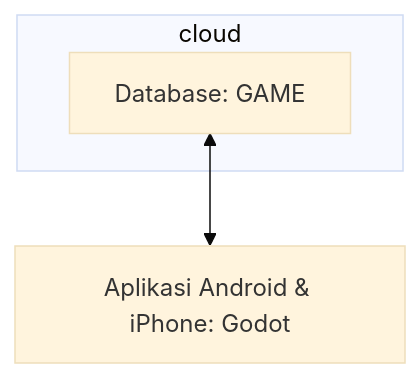
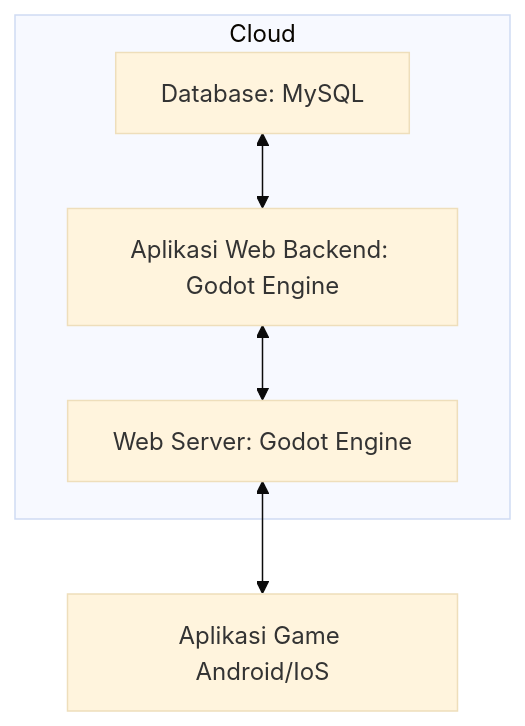
Before and after one commit to tibianugraha/game: the second of 2 diagrams in README.md, drawn with Mermaid (base theme).

````diff
--- a/README.md
+++ b/README.md
@@ -89,7 +89,8 @@
 ```mermaid
 flowchart BT 
-  subgraph cloud
-    B[Database: GAME] 
+  subgraph Cloud
+    B[Web Server: Godot Engine ] <--> C[Aplikasi Web Backend: Godot Engine] 
+    C <--> D[Database: MySQL] 
   end
-  A[Aplikasi Android & iPhone: Godot] <--> B 
+  E[Aplikasi Game Android/IoS] <--> B 
 ```
````
